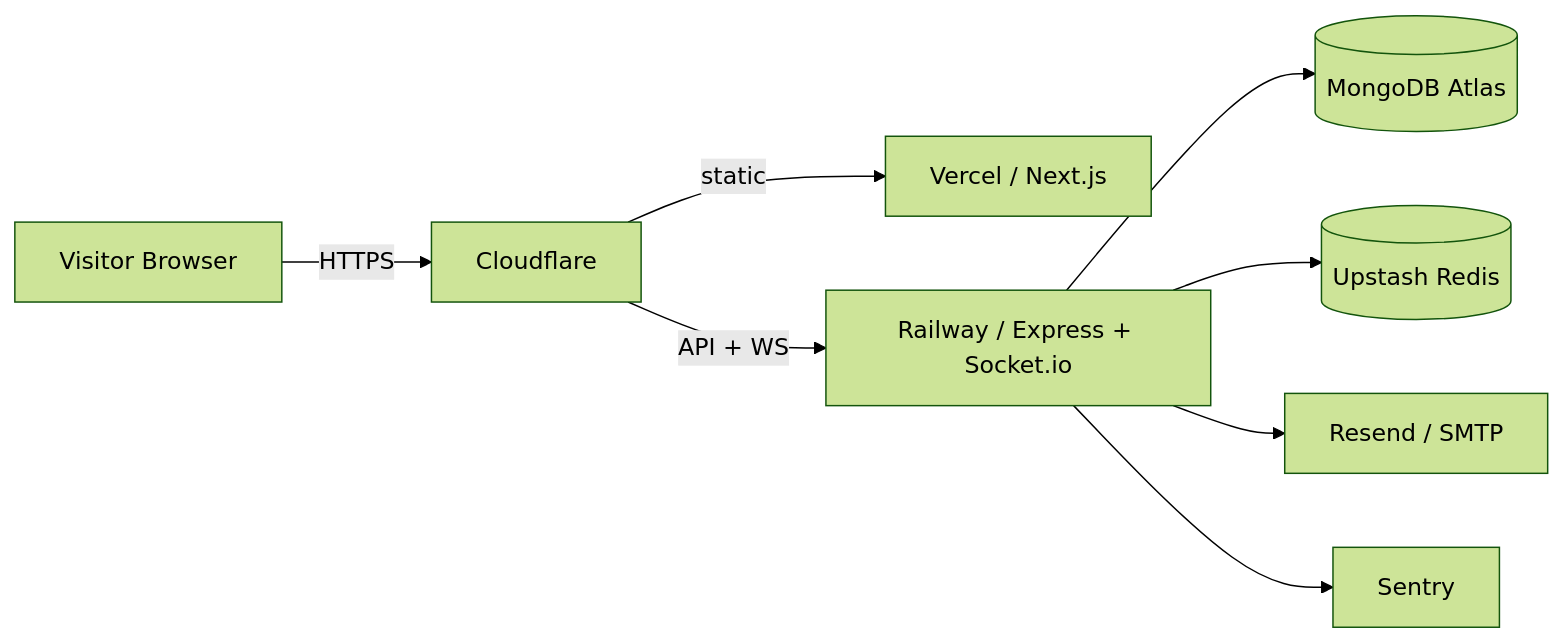
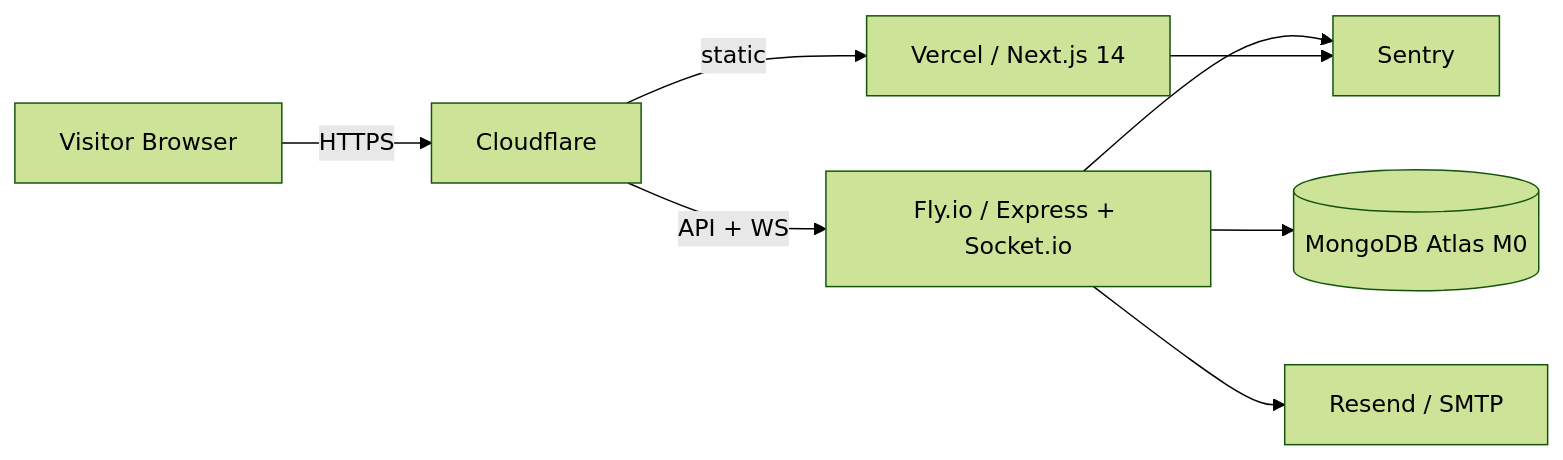
Before and after one commit to SunnyKlara/mojingweb: the first of 2 diagrams in docs/ARCHITECTURE.md, drawn with Mermaid (forest theme). The commit also changed other lines of this file and 12 other files, not shown here.

````diff
--- a/docs/ARCHITECTURE.md
+++ b/docs/ARCHITECTURE.md
@@ -5,10 +5,10 @@
 ```mermaid
 flowchart LR
   V[Visitor Browser] -->|HTTPS| CF[Cloudflare]
-  CF -->|static| VC[Vercel / Next.js]
-  CF -->|API + WS| RW[Railway / Express + Socket.io]
-  RW --> MG[(MongoDB Atlas)]
-  RW --> RD[(Upstash Redis)]
-  RW --> EM[Resend / SMTP]
-  RW --> ST[Sentry]
+  CF -->|static| VC[Vercel / Next.js 14]
+  CF -->|API + WS| FLY[Fly.io / Express + Socket.io]
+  FLY --> MG[(MongoDB Atlas M0)]
+  FLY --> EM[Resend / SMTP]
+  FLY --> ST[Sentry]
+  VC --> ST
 ```
````
